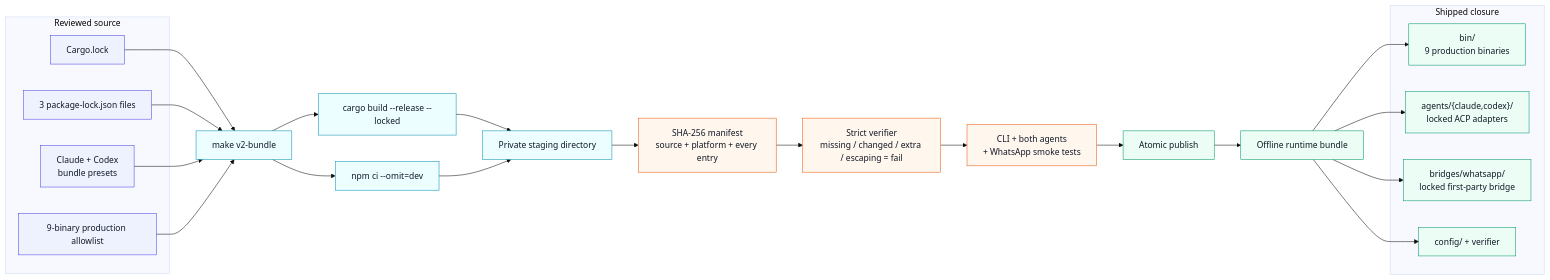
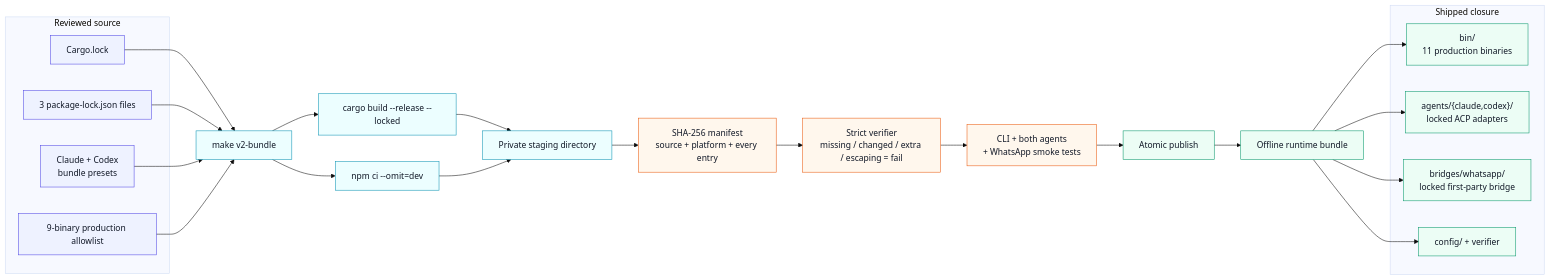
One commit to fontanierh/crab changed the diagram in v2/docs/runtime-bundle-flow.mmd. Above: the diagram before and after it, drawn with Mermaid (base theme). The commit also changed 24 other files, not shown here.

```diff
--- a/v2/docs/runtime-bundle-flow.mmd
+++ b/v2/docs/runtime-bundle-flow.mmd
@@ -1,44 +1,44 @@
 flowchart LR
     subgraph SOURCE["Reviewed source"]
         CARGO["Cargo.lock"]
         NPM["3 package-lock.json files"]
         CONFIG["Claude + Codex<br/>bundle presets"]
         ALLOW["9-binary production allowlist"]
     end
 
     BUILD["make v2-bundle"]
     CARGO --> BUILD
     NPM --> BUILD
     CONFIG --> BUILD
     ALLOW --> BUILD
 
     BUILD --> RUST["cargo build --release --locked"]
     BUILD --> NODE["npm ci --omit=dev"]
     RUST --> STAGE["Private staging directory"]
     NODE --> STAGE
 
     STAGE --> MANIFEST["SHA-256 manifest\nsource + platform + every entry"]
     MANIFEST --> VERIFY["Strict verifier\nmissing / changed / extra / escaping = fail"]
     VERIFY --> SMOKE["CLI + both agents<br/>+ WhatsApp smoke tests"]
     SMOKE --> ATOMIC["Atomic publish"]
 
     ATOMIC --> BUNDLE["Offline runtime bundle"]
     subgraph CONTENTS["Shipped closure"]
-        BIN["bin/\n9 production binaries"]
+        BIN["bin/\n11 production binaries"]
         AGENT["agents/{claude,codex}/\nlocked ACP adapters"]
         BRIDGE["bridges/whatsapp/\nlocked first-party bridge"]
         CFG["config/ + verifier"]
     end
     BUNDLE --> BIN
     BUNDLE --> AGENT
     BUNDLE --> BRIDGE
     BUNDLE --> CFG
 
     classDef source fill:#eef2ff,stroke:#4f46e5,color:#111827;
     classDef action fill:#ecfeff,stroke:#0891b2,color:#111827;
     classDef failclosed fill:#fff7ed,stroke:#ea580c,color:#111827;
     classDef result fill:#ecfdf5,stroke:#059669,color:#111827;
     class CARGO,NPM,CONFIG,ALLOW source;
     class BUILD,RUST,NODE,STAGE action;
     class MANIFEST,VERIFY,SMOKE failclosed;
     class ATOMIC,BUNDLE,BIN,AGENT,BRIDGE,CFG result;
```
